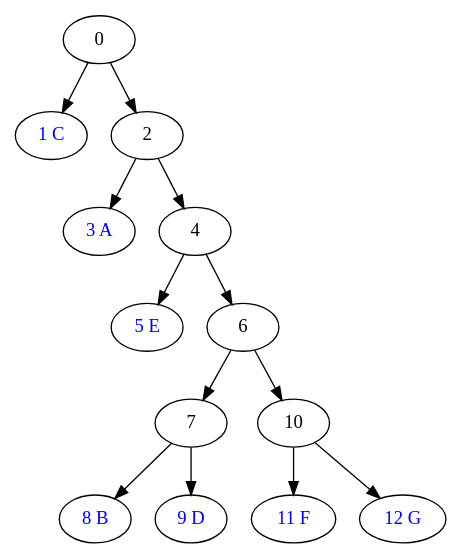
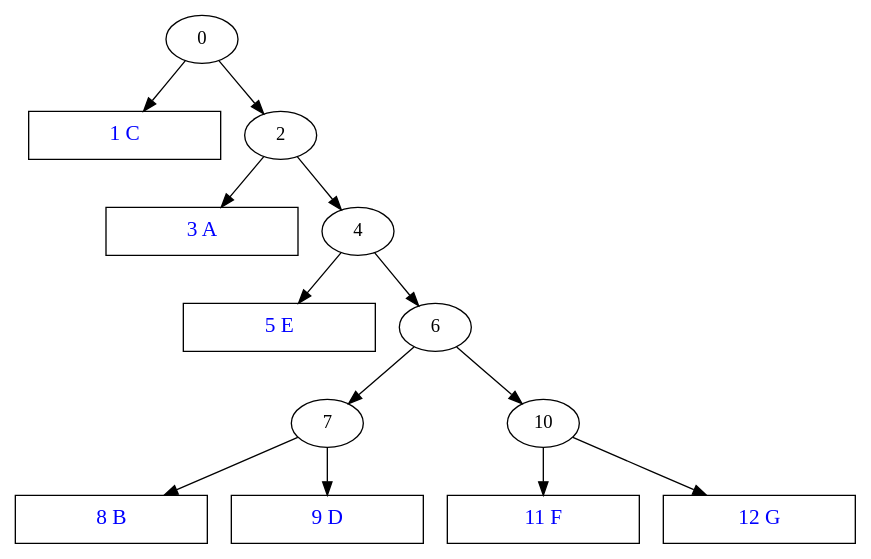
One commit to Garebsky/GIZ changed the diagram in testGraphOutput.dot. Above: the diagram before and after it, drawn with Graphviz. The commit also changed 4 other files, not shown here.

```diff
--- a/testGraphOutput.dot
+++ b/testGraphOutput.dot
@@ -1,27 +1,27 @@
 digraph G {
 0 [label="0"];
-1 [label="1 C", fontcolor=blue, fontsize=14];
+1 [label="1 C", fontsize=16, fontcolor=blue, width=2, shape=box];
 0 -> 1;
 2 [label="2"];
-3 [label="3 A", fontcolor=blue, fontsize=14];
+3 [label="3 A", fontsize=16, fontcolor=blue, width=2, shape=box];
 2 -> 3;
 4 [label="4"];
-5 [label="5 E", fontcolor=blue, fontsize=14];
+5 [label="5 E", fontsize=16, fontcolor=blue, width=2, shape=box];
 4 -> 5;
 6 [label="6"];
 7 [label="7"];
-8 [label="8 B", fontcolor=blue, fontsize=14];
+8 [label="8 B", fontsize=16, fontcolor=blue, width=2, shape=box];
 7 -> 8;
-9 [label="9 D", fontcolor=blue, fontsize=14];
+9 [label="9 D", fontsize=16, fontcolor=blue, width=2, shape=box];
 7 -> 9;
 6 -> 7;
 10 [label="10"];
-11 [label="11 F", fontcolor=blue, fontsize=14];
+11 [label="11 F", fontsize=16, fontcolor=blue, width=2, shape=box];
 10 -> 11;
-12 [label="12 G", fontcolor=blue, fontsize=14];
+12 [label="12 G", fontsize=16, fontcolor=blue, width=2, shape=box];
 10 -> 12;
 6 -> 10;
 4 -> 6;
 2 -> 4;
 0 -> 2;
 }
```
